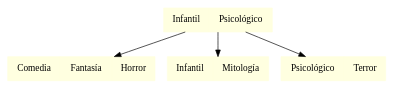
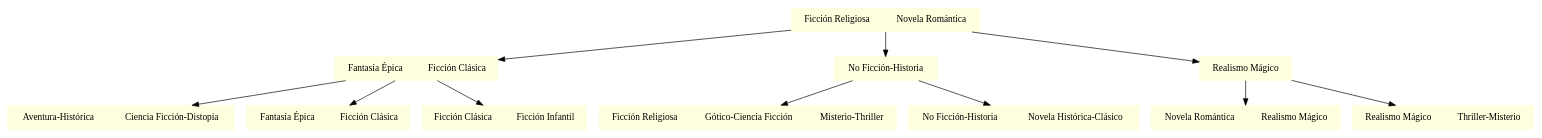
One commit to MadelaynePerez/BibliotecaMagica changed the diagram in graficos/ArbolBMas.dot. Above: the diagram before and after it, drawn with Graphviz. The commit also changed 98 other files, not shown here.

```diff
--- a/graficos/ArbolBMas.dot
+++ b/graficos/ArbolBMas.dot
@@ -1,10 +1,24 @@
 digraph BMas {
 node [shape=record, style=filled, color=lightyellow];
-"2084435065" [label="Infantil|Psicológico"];
-"2084435065" -> "1296064247";
-"1296064247" [label="Comedia|Fantasía|Horror"];
-"2084435065" -> "939047783";
-"939047783" [label="Infantil|Mitología"];
-"2084435065" -> "1237514926";
-"1237514926" [label="Psicológico|Terror"];
+"1157998401" [label="Ficción Religiosa|Novela Romántica"];
+"1157998401" -> "356341211";
+"356341211" [label="Fantasía Épica|Ficción Clásica"];
+"356341211" -> "1108362370";
+"1108362370" [label="Aventura-Histórica|Ciencia Ficción-Distopía"];
+"356341211" -> "1056902003";
+"1056902003" [label="Fantasía Épica|Ficción Clásica"];
+"356341211" -> "1453890626";
+"1453890626" [label="Ficción Clásica|Ficción Infantil"];
+"1157998401" -> "692357313";
+"692357313" [label="No Ficción-Historia"];
+"692357313" -> "1764814143";
+"1764814143" [label="Ficción Religiosa|Gótico-Ciencia Ficción|Misterio-Thriller"];
+"692357313" -> "793958393";
+"793958393" [label="No Ficción-Historia|Novela Histórica-Clásico"];
+"1157998401" -> "1024066781";
+"1024066781" [label="Realismo Mágico"];
+"1024066781" -> "805671229";
+"805671229" [label="Novela Romántica|Realismo Mágico"];
+"1024066781" -> "1588775703";
+"1588775703" [label="Realismo Mágico|Thriller-Misterio"];
 }
```
